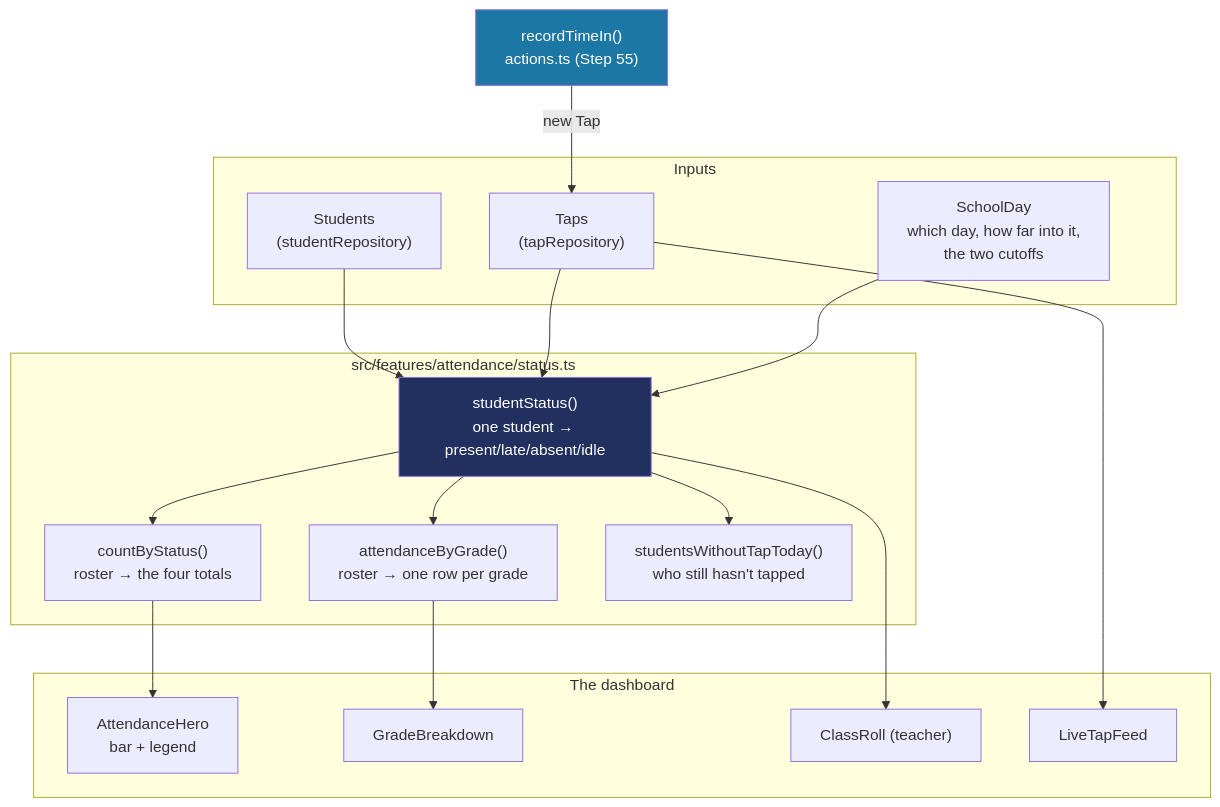
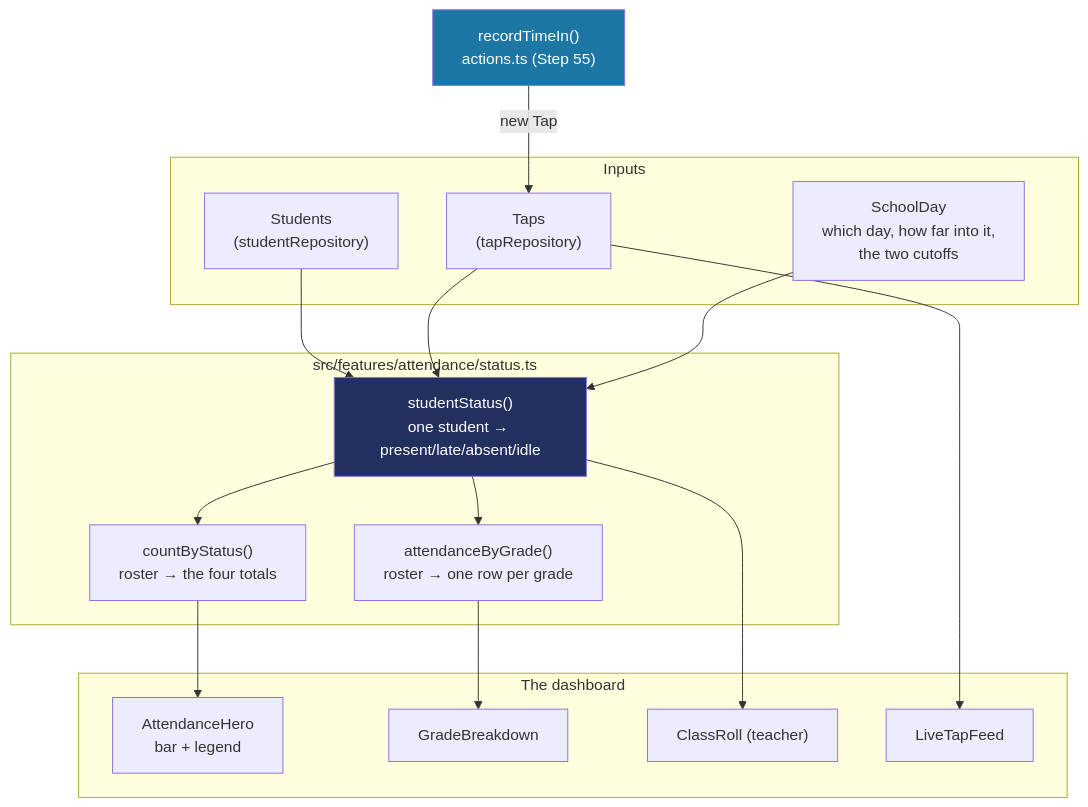
Before and after one commit to psmacabulos/talaan: the first of 3 diagrams in docs/ATTENDANCE-MODEL.md, drawn with Mermaid. The commit also changed other lines of this file and 56 other files, not shown here.

````diff
--- a/docs/ATTENDANCE-MODEL.md
+++ b/docs/ATTENDANCE-MODEL.md
@@ -22,41 +22,39 @@
 ```mermaid
 flowchart TB
     subgraph data["Inputs"]
         Roster["Students<br/>(studentRepository)"]
         Taps["Taps<br/>(tapRepository)"]
         Now["SchoolDay<br/>which day, how far into it,<br/>the two cutoffs"]
     end
 
     subgraph status["src/features/attendance/status.ts"]
         StudentStatus["studentStatus()<br/>one student → present/late/absent/idle"]
         Counts["countByStatus()<br/>roster → the four totals"]
         ByGrade["attendanceByGrade()<br/>roster → one row per grade"]
-        Waiting["studentsWithoutTapToday()<br/>who still hasn't tapped"]
     end
 
     subgraph screen["The dashboard"]
         Hero["AttendanceHero<br/>bar + legend"]
         Grades["GradeBreakdown"]
         Roll["ClassRoll (teacher)"]
         Feed["LiveTapFeed"]
     end
 
     Action["recordTimeIn()<br/>actions.ts (Step 55)"]
 
     Roster --> StudentStatus
     Taps --> StudentStatus
     Now --> StudentStatus
     StudentStatus --> Counts
     StudentStatus --> ByGrade
-    StudentStatus --> Waiting
 
     Counts --> Hero
     ByGrade --> Grades
     StudentStatus --> Roll
     Taps --> Feed
 
     Action -->|new Tap| Taps
 
     style StudentStatus fill:#223060,color:#fff
     style Action fill:#1C77A5,color:#fff
 ```
````
